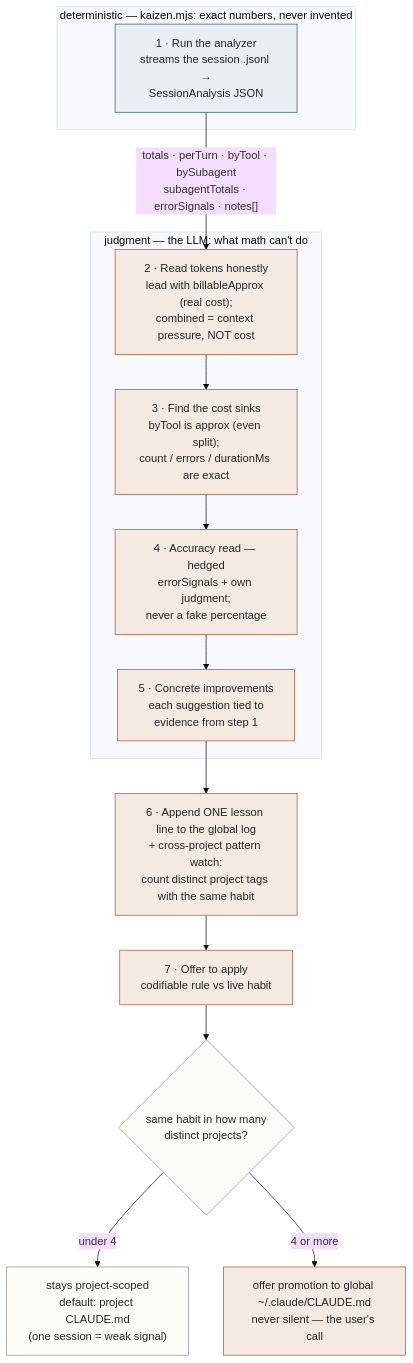
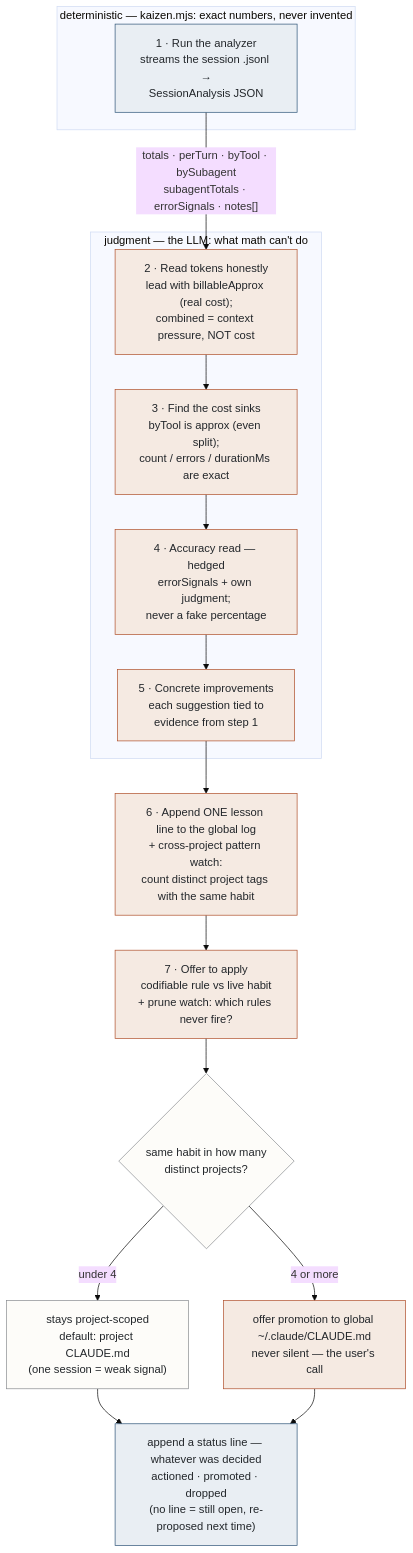
Before and after one commit to futin/claude-agents-dashboard: the second of 6 diagrams in docs/learning/kaizen-and-analytics-diagrams.md, drawn with Mermaid (base theme). The commit also changed other lines of this file and 13 other files, not shown here.

````diff
--- a/docs/learning/kaizen-and-analytics-diagrams.md
+++ b/docs/learning/kaizen-and-analytics-diagrams.md
@@ -62,29 +76,32 @@
 ```mermaid
 flowchart TB
     subgraph DET["deterministic — kaizen.mjs: exact numbers, never invented"]
         S1["1 · Run the analyzer<br/>streams the session .jsonl →<br/>SessionAnalysis JSON"]
     end
 
     subgraph JUD["judgment — the LLM: what math can't do"]
         S2["2 · Read tokens honestly<br/>lead with billableApprox (real cost);<br/>combined = context pressure, NOT cost"]
         S3["3 · Find the cost sinks<br/>byTool is approx (even split);<br/>count / errors / durationMs are exact"]
         S4["4 · Accuracy read — hedged<br/>errorSignals + own judgment;<br/>never a fake percentage"]
         S5["5 · Concrete improvements<br/>each suggestion tied to<br/>evidence from step 1"]
         S2 --> S3 --> S4 --> S5
     end
 
     S1 -->|"totals · perTurn · byTool · bySubagent<br/>subagentTotals · errorSignals · notes[]"| S2
 
     S5 --> S6["6 · Append ONE lesson line to the global log<br/>+ cross-project pattern watch:<br/>count distinct project tags with the same habit"]
-    S6 --> S7["7 · Offer to apply<br/>codifiable rule vs live habit"]
+    S6 --> S7["7 · Offer to apply<br/>codifiable rule vs live habit<br/>+ prune watch: which rules never fire?"]
     S7 --> GATE{"same habit in how many<br/>distinct projects?"}
     GATE -->|"under 4"| LOCAL["stays project-scoped<br/>default: project CLAUDE.md<br/>(one session = weak signal)"]
     GATE -->|"4 or more"| PROMO["offer promotion to global ~/.claude/CLAUDE.md<br/>never silent — the user's call"]
+    LOCAL --> ST["append a status line — whatever was decided<br/>actioned · promoted · dropped<br/>(no line = still open, re-proposed next time)"]
+    PROMO --> ST
 
     classDef exact fill:#E9EEF3,stroke:#2F5578,color:#23272B
     classDef judgment fill:#F5EAE2,stroke:#B0502C,color:#23272B
     classDef neutral fill:#FDFCF9,stroke:#8A8D91,color:#23272B
     class S1 exact
     class S2,S3,S4,S5,S6,S7,PROMO judgment
     class GATE,LOCAL neutral
+    class ST exact
 ```
````
